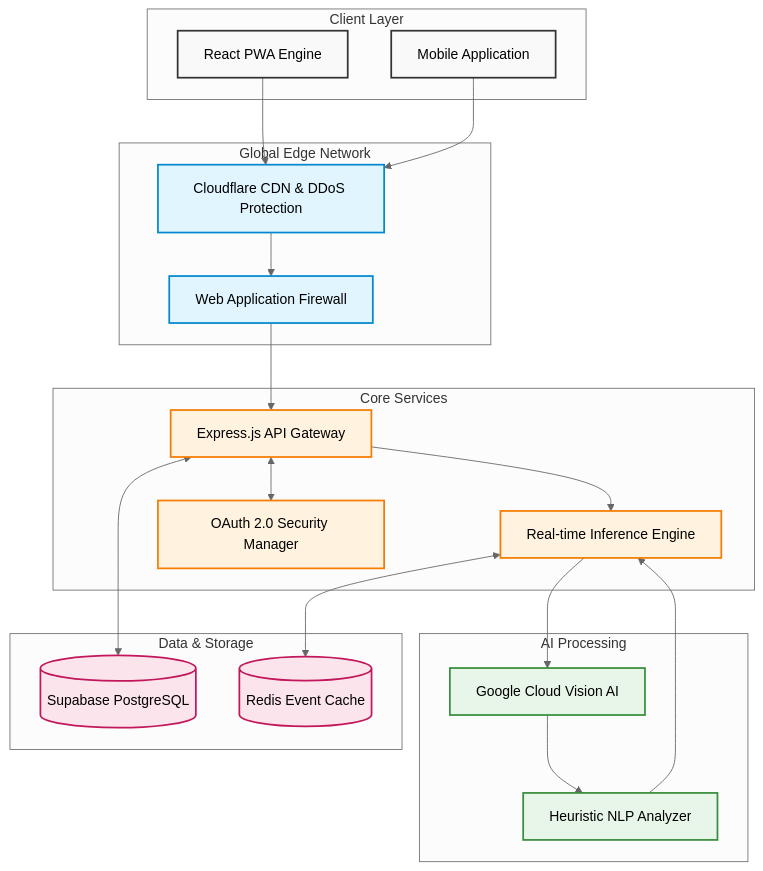
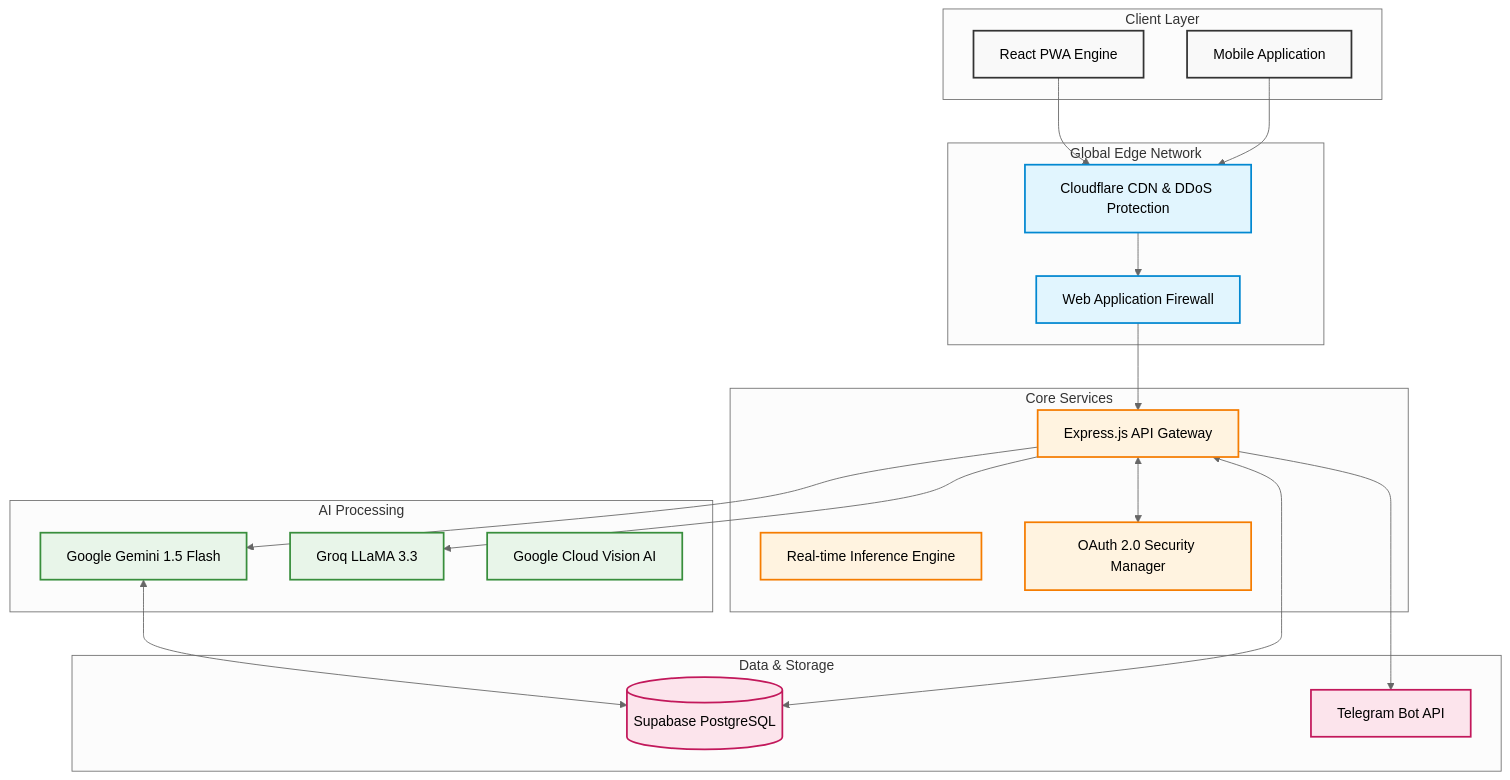
One commit to alanpolly/vision_cure changed the diagram in CODE_STACK.md. Above: the diagram before and after it, drawn with Mermaid (neutral theme). The commit also changed other lines of this file, not shown here.

Commit message:
docs: finalize architecture and feature documentation

````diff
--- a/CODE_STACK.md
+++ b/CODE_STACK.md
@@ -10,55 +10,54 @@
 ```mermaid
 graph TD
     %% Define Styles
     classDef client fill:#f9f9f9,stroke:#333,stroke-width:2px;
     classDef edge fill:#e1f5fe,stroke:#0288d1,stroke-width:2px;
     classDef core fill:#fff3e0,stroke:#f57c00,stroke-width:2px;
     classDef ai fill:#e8f5e9,stroke:#388e3c,stroke-width:2px;
     classDef data fill:#fce4ec,stroke:#c2185b,stroke-width:2px;
 
     %% Client Layer
     subgraph Client Layer
         Web[React PWA Engine]:::client
         Mobile[Mobile Application]:::client
     end
 
     %% Edge Layer
     subgraph Global Edge Network
         CDN[Cloudflare CDN & DDoS Protection]:::edge
         WAF[Web Application Firewall]:::edge
     end
 
     %% Core Services
     subgraph Core Services
         API[Express.js API Gateway]:::core
         Rules[Real-time Inference Engine]:::core
         Auth[OAuth 2.0 Security Manager]:::core
     end
 
     %% AI Layer
     subgraph AI Processing
+        Gemini[Google Gemini 1.5 Flash]:::ai
+        Llama[Groq LLaMA 3.3]:::ai
         OCR[Google Cloud Vision AI]:::ai
-        NLP[Heuristic NLP Analyzer]:::ai
     end
 
     %% Data Layer
     subgraph Data & Storage
         DB[(Supabase PostgreSQL)]:::data
-        Cache[(Redis Event Cache)]:::data
+        Notify[Telegram Bot API]:::data
     end
 
     %% Connections
     Web & Mobile --> CDN
     CDN --> WAF
     WAF --> API
     
     API <--> Auth
-    API --> Rules
+    API --> Gemini
+    API --> Llama
+    API --> Notify
     
-    Rules --> OCR
-    OCR --> NLP
-    NLP --> Rules
-    
+    Gemini <--> DB
     API <--> DB
-    Rules <--> Cache
 ```
````
